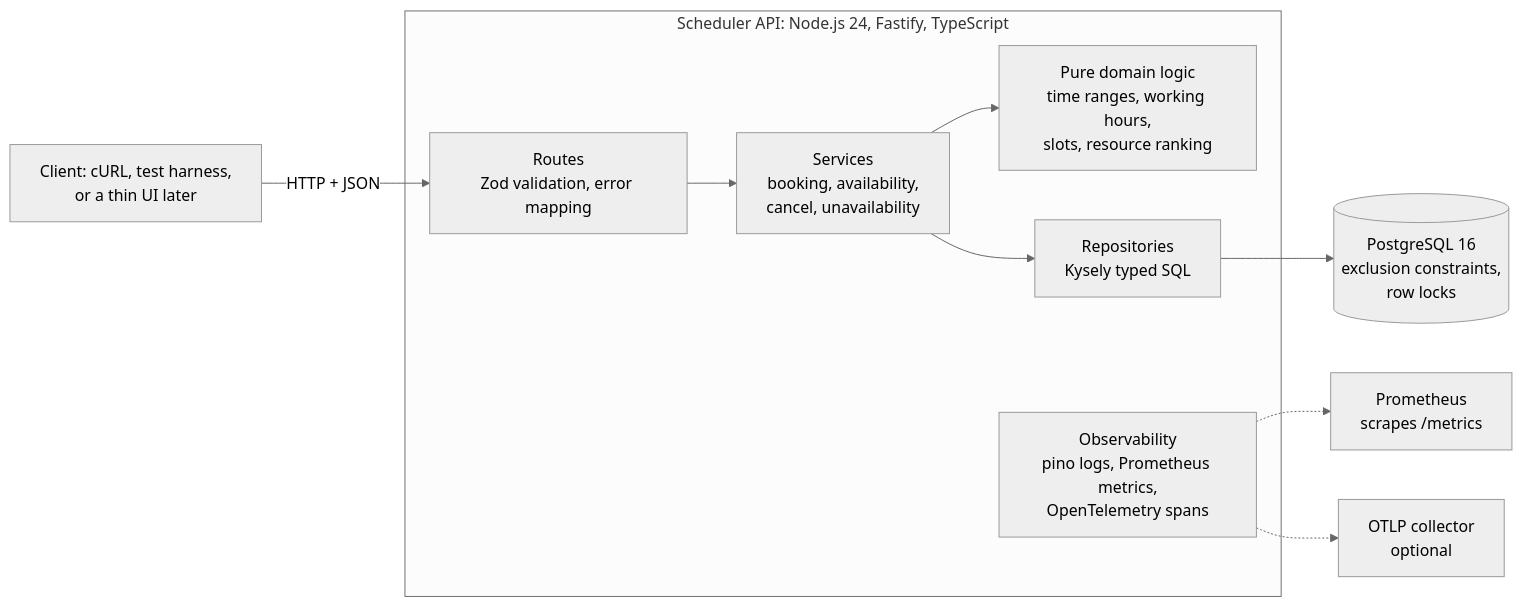
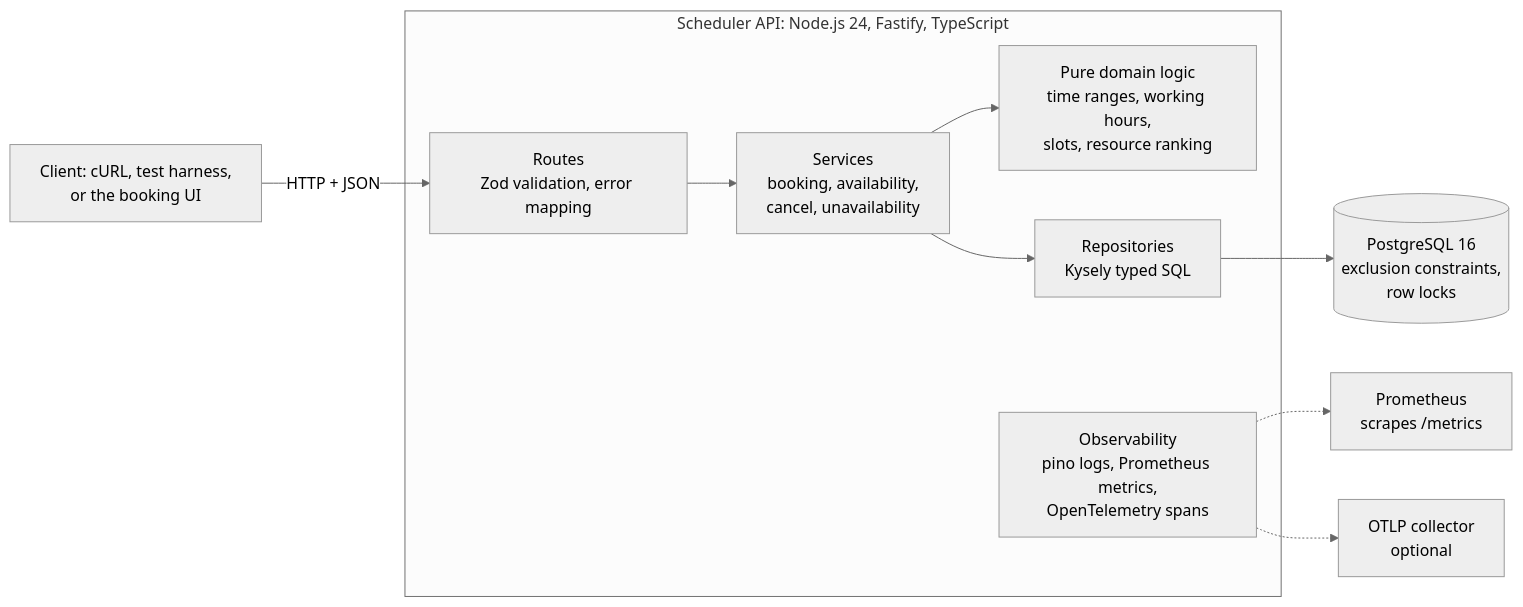
The first of 3 diagrams in docs/system-design.md (tobbieswork/keyloop-service-scheduler), drawn with Mermaid (neutral theme) before and after one commit. The commit also changed other lines of this file and 3 other files, not shown here.

First line of the commit message:
docs: add rendered diagram images to the design document

````diff
--- a/docs/system-design.md
+++ b/docs/system-design.md
@@ -39,21 +44,21 @@
 ```mermaid
 flowchart LR
-  client["Client: cURL, test harness,<br/>or a thin UI later"]
+  client["Client: cURL, test harness,<br/>or the booking UI"]
   subgraph api["Scheduler API: Node.js 24, Fastify, TypeScript"]
     routes["Routes<br/>Zod validation, error mapping"]
     services["Services<br/>booking, availability,<br/>cancel, unavailability"]
     domain["Pure domain logic<br/>time ranges, working hours,<br/>slots, resource ranking"]
     repos["Repositories<br/>Kysely typed SQL"]
     obs["Observability<br/>pino logs, Prometheus metrics,<br/>OpenTelemetry spans"]
   end
   db[("PostgreSQL 16<br/>exclusion constraints,<br/>row locks")]
   prom["Prometheus<br/>scrapes /metrics"]
   otlp["OTLP collector<br/>optional"]
   client -->|"HTTP + JSON"| routes
   routes --> services
   services --> domain
   services --> repos
   repos --> db
   obs -.-> prom
   obs -.-> otlp
 ```
````
